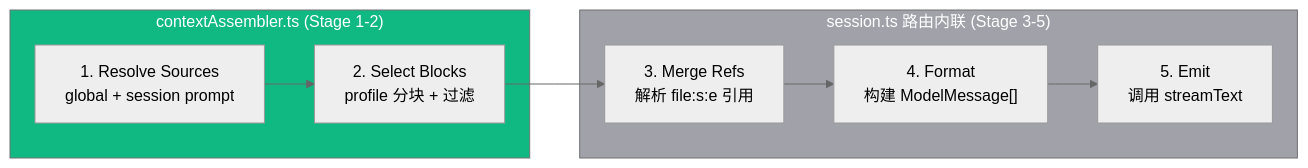
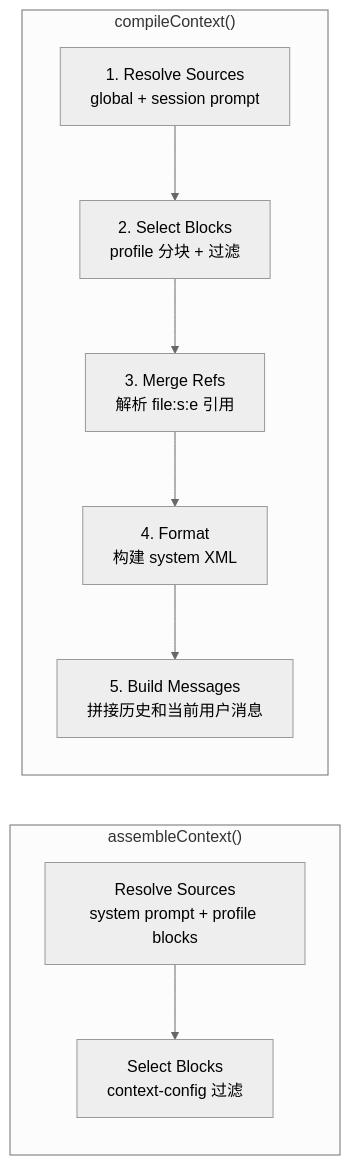
One commit to albert-zen/AgentTeacher-Tutor changed the fourth of 4 diagrams in ARCHITECTURE.md. Above: the diagram before and after it, drawn with Mermaid (neutral theme). The commit also changed other lines of this file and 1 other file, not shown here.

First line of the commit message:
docs: refresh README and architecture guide

````diff
--- a/ARCHITECTURE.md
+++ b/ARCHITECTURE.md
@@ -177,18 +183,18 @@
 ```mermaid
 graph LR
-    subgraph Assembler ["contextAssembler.ts (Stage 1-2)"]
+    subgraph Preview ["assembleContext()"]
+        P1["Resolve Sources<br/>system prompt + profile blocks"]
+        P2["Select Blocks<br/>context-config 过滤"]
+    end
+
+    subgraph Compile ["compileContext()"]
         S1["1. Resolve Sources<br/>global + session prompt"]
         S2["2. Select Blocks<br/>profile 分块 + 过滤"]
+        S3["3. Merge Refs<br/>解析 file:s:e 引用"]
+        S4["4. Format<br/>构建 system XML"]
+        S5["5. Build Messages<br/>拼接历史和当前用户消息"]
     end
 
-    subgraph Inline ["session.ts 路由内联 (Stage 3-5)"]
-        S3["3. Merge Refs<br/>解析 file:s:e 引用"]
-        S4["4. Format<br/>构建 ModelMessage[]"]
-        S5["5. Emit<br/>调用 streamText"]
-    end
-
+    P1 --> P2
     S1 --> S2 --> S3 --> S4 --> S5
-
-    style Assembler fill:#10b981,color:#fff
-    style Inline fill:#a1a1aa,color:#fff
 ```
````
